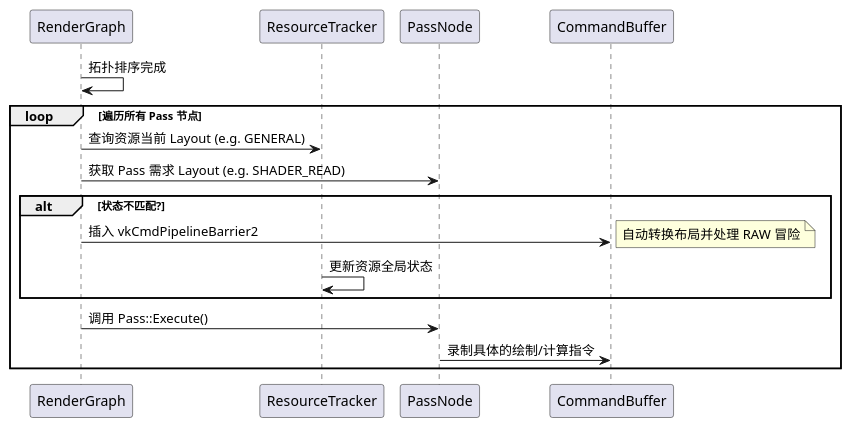
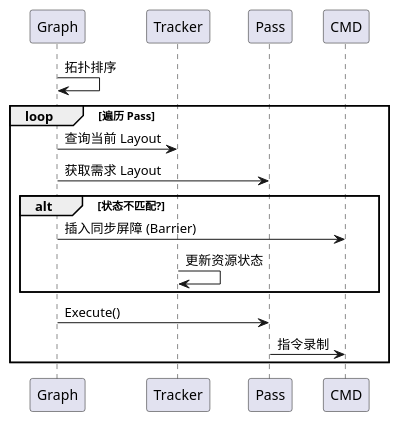
Before and after one commit to CadenXc/HybridRenderer: diagram 14 of 17 in RenderGraph_Architecture_Diagrams.md, drawn with PlantUML. The commit also changed other lines of this file and 3 other files, not shown here.

````diff
--- a/RenderGraph_Architecture_Diagrams.md
+++ b/RenderGraph_Architecture_Diagrams.md
@@ -649,24 +559,23 @@
 ```plantuml
 @startuml
 skinparam backgroundColor white
-participant "RenderGraph" as RG
-participant "ResourceTracker" as TR
-participant "PassNode" as PN
-participant "CommandBuffer" as CMD
+participant "Graph" as RG
+participant "Tracker" as TR
+participant "Pass" as PN
+participant "CMD" as CMD
 
-RG -> RG : 拓扑排序完成
-loop 遍历所有 Pass 节点
-    RG -> TR : 查询资源当前 Layout (e.g. GENERAL)
-    RG -> PN : 获取 Pass 需求 Layout (e.g. SHADER_READ)
+RG -> RG : 拓扑排序
+loop 遍历 Pass
+    RG -> TR : 查询当前 Layout
+    RG -> PN : 获取需求 Layout
     
     alt 状态不匹配?
-        RG -> CMD : 插入 vkCmdPipelineBarrier2
-        note right: 自动转换布局并处理 RAW 冒险
-        TR -> TR : 更新资源全局状态
+        RG -> CMD : 插入同步屏障 (Barrier)
+        TR -> TR : 更新资源状态
     end
     
-    RG -> PN : 调用 Pass::Execute()
-    PN -> CMD : 录制具体的绘制/计算指令
+    RG -> PN : Execute()
+    PN -> CMD : 指令录制
 end
 @enduml
 ```
````
